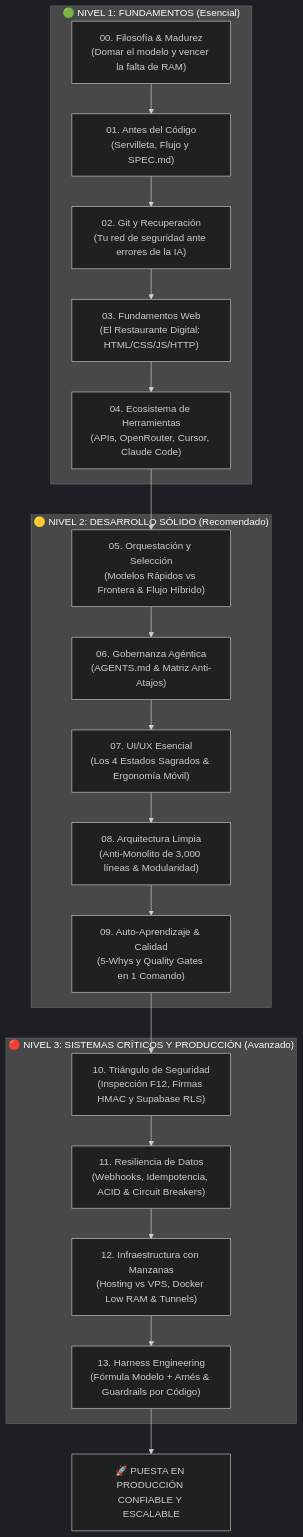
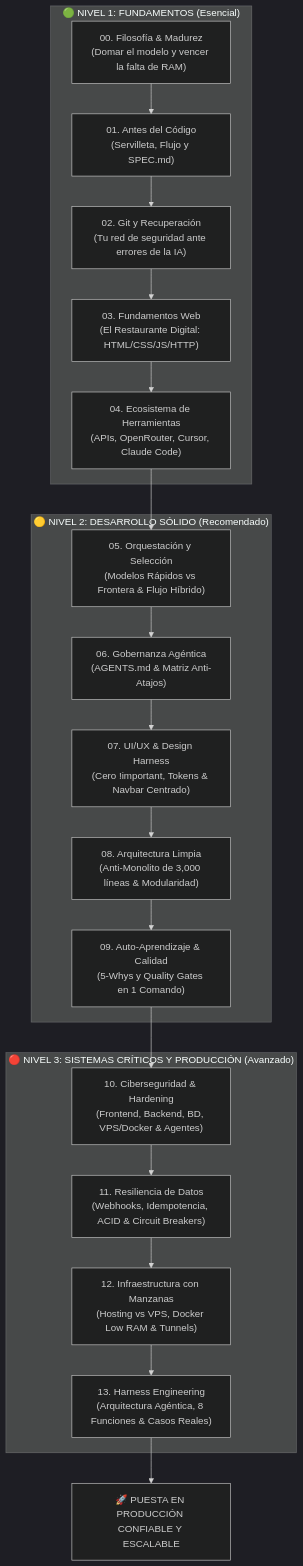
One commit to moisesrojasp89-Dev/Guia-de-desarrollo-asistido-con-IA changed the diagram in README.md. Above: the diagram before and after it, drawn with Mermaid (dark theme). The commit also changed other lines of this file and 21 other files, not shown here.

Commit message:
feat: expand Harness Engineering (Mod 13), UI/UX Harness (Mod 07 + UI_UX.md) and Cybersecurity Hardening (Mod 10 + SECURITY.md)

````diff
--- a/README.md
+++ b/README.md
@@ -52,30 +52,30 @@
 ```mermaid
 flowchart TD
     subgraph L1 ["🟢 NIVEL 1: FUNDAMENTOS (Esencial)"]
         M0["00. Filosofía & Madurez\n(Domar el modelo y vencer la falta de RAM)"]
         M1["01. Antes del Código\n(Servilleta, Flujo y SPEC.md)"]
         M2["02. Git y Recuperación\n(Tu red de seguridad ante errores de la IA)"]
         M3["03. Fundamentos Web\n(El Restaurante Digital: HTML/CSS/JS/HTTP)"]
         M4["04. Ecosistema de Herramientas\n(APIs, OpenRouter, Cursor, Claude Code)"]
         M0 --> M1 --> M2 --> M3 --> M4
     end
 
     subgraph L2 ["🟡 NIVEL 2: DESARROLLO SÓLIDO (Recomendado)"]
         M5["05. Orquestación y Selección\n(Modelos Rápidos vs Frontera & Flujo Híbrido)"]
         M6["06. Gobernanza Agéntica\n(AGENTS.md & Matriz Anti-Atajos)"]
-        M7["07. UI/UX Esencial\n(Los 4 Estados Sagrados & Ergonomía Móvil)"]
+        M7["07. UI/UX & Design Harness\n(Cero !important, Tokens & Navbar Centrado)"]
         M8["08. Arquitectura Limpia\n(Anti-Monolito de 3,000 líneas & Modularidad)"]
         M9["09. Auto-Aprendizaje & Calidad\n(5-Whys y Quality Gates en 1 Comando)"]
         M4 --> M5 --> M6 --> M7 --> M8 --> M9
     end
 
     subgraph L3 ["🔴 NIVEL 3: SISTEMAS CRÍTICOS Y PRODUCCIÓN (Avanzado)"]
-        M10["10. Triángulo de Seguridad\n(Inspección F12, Firmas HMAC y Supabase RLS)"]
+        M10["10. Ciberseguridad & Hardening\n(Frontend, Backend, BD, VPS/Docker & Agentes)"]
         M11["11. Resiliencia de Datos\n(Webhooks, Idempotencia, ACID & Circuit Breakers)"]
         M12["12. Infraestructura con Manzanas\n(Hosting vs VPS, Docker Low RAM & Tunnels)"]
-        M13["13. Harness Engineering\n(Fórmula Modelo + Arnés & Guardrails por Código)"]
+        M13["13. Harness Engineering\n(Arquitectura Agéntica, 8 Funciones & Casos Reales)"]
         M9 --> M10 --> M11 --> M12 --> M13
     end
 
     M13 --> PROD["🚀 PUESTA EN PRODUCCIÓN CONFIABLE Y ESCALABLE"]
 ```
````
